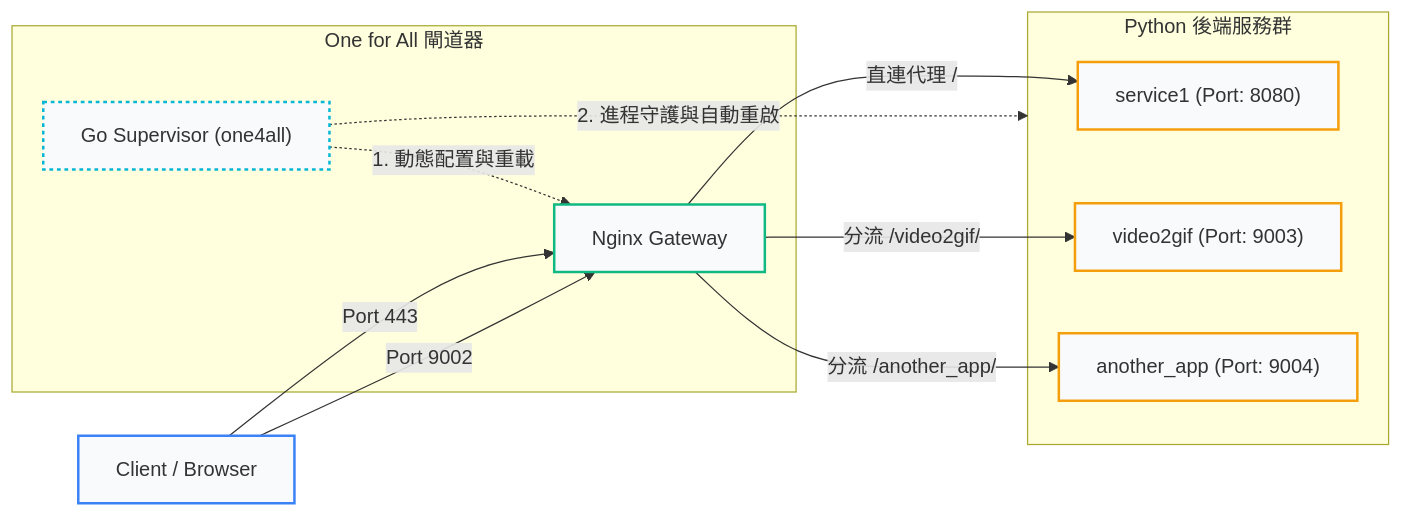
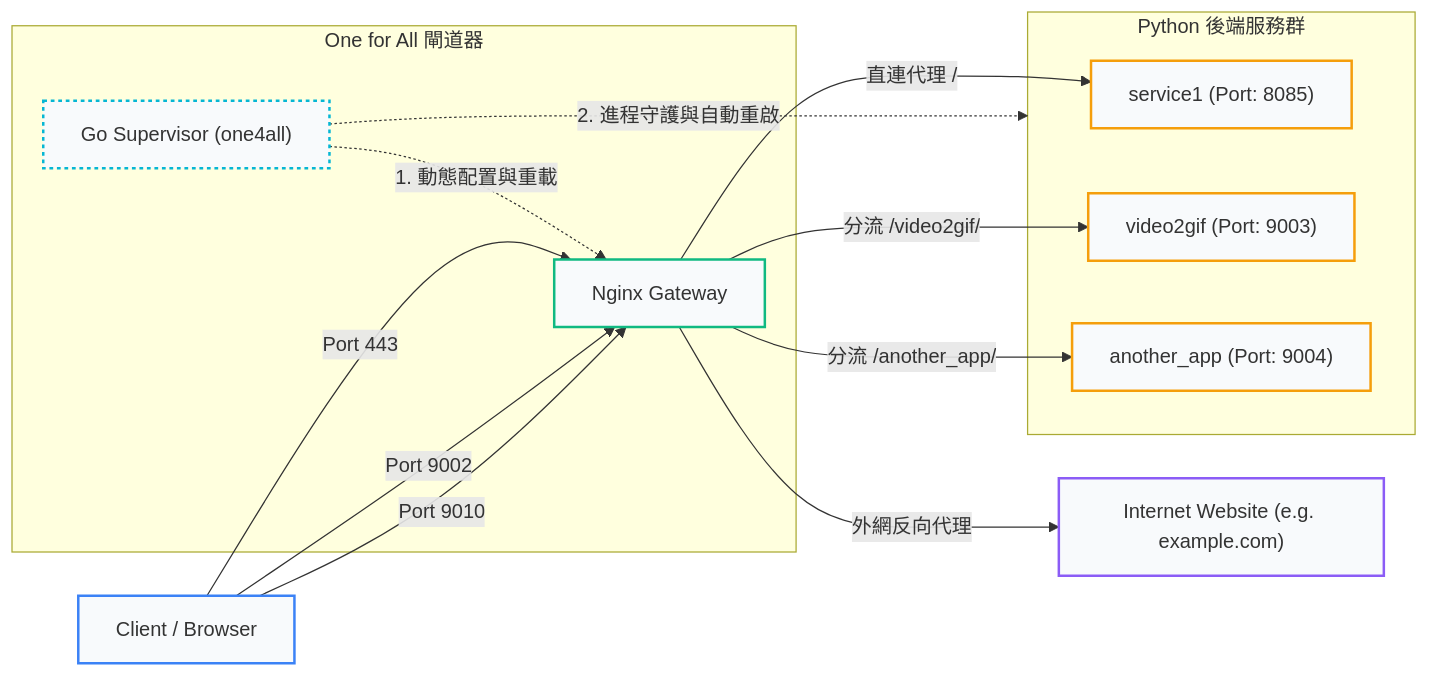
One commit to davislinyd/one4all changed the diagram in README.md. Above: the diagram before and after it, drawn with Mermaid. The commit also changed 1 other file, not shown here.

Commit message:
docs: update flowchart and architecture diagram to include external internet reverse proxy

````diff
--- a/README.md
+++ b/README.md
@@ -14,32 +14,36 @@
 ```mermaid
 graph LR
     classDef client fill:#f8fafc,stroke:#3b82f6,stroke-width:2px;
     classDef nginx fill:#f8fafc,stroke:#10b981,stroke-width:2px;
     classDef backend fill:#f8fafc,stroke:#f59e0b,stroke-width:2px;
     classDef supervisor fill:#f8fafc,stroke:#06b6d4,stroke-width:2px,stroke-dasharray: 3 3;
+    classDef internet fill:#f8fafc,stroke:#8b5cf6,stroke-width:2px;
 
     %% 1. 流量入口
     Client["Client / Browser"]:::client
 
     %% 2. 閘道分流層
     subgraph Gateway ["One for All 閘道器"]
         Nginx["Nginx Gateway"]:::nginx
         Supervisor["Go Supervisor (one4all)"]:::supervisor
         Supervisor -. "1. 動態配置與重載" .-> Nginx
     end
 
-    %% 3. 後端服務層
+    %% 3. 後端服務與外網層
     subgraph Backends ["Python 後端服務群"]
-        S1["service1 (Port: 8080)"]:::backend
+        S1["service1 (Port: 8085)"]:::backend
         S2["video2gif (Port: 9003)"]:::backend
         S3["another_app (Port: 9004)"]:::backend
     end
+    
+    Internet["Internet Website (e.g. example.com)"]:::internet
 
     %% 流量路由關係
     Client -- "Port 443" --> Nginx -- "直連代理 /" --> S1
     Client -- "Port 9002" --> Nginx -- "分流 /video2gif/" --> S2
     Nginx -- "分流 /another_app/" --> S3
+    Client -- "Port 9010" --> Nginx -- "外網反向代理" --> Internet
 
     %% 守護與監控關係
     Supervisor -. "2. 進程守護與自動重啟" .-> Backends
 ```
````
